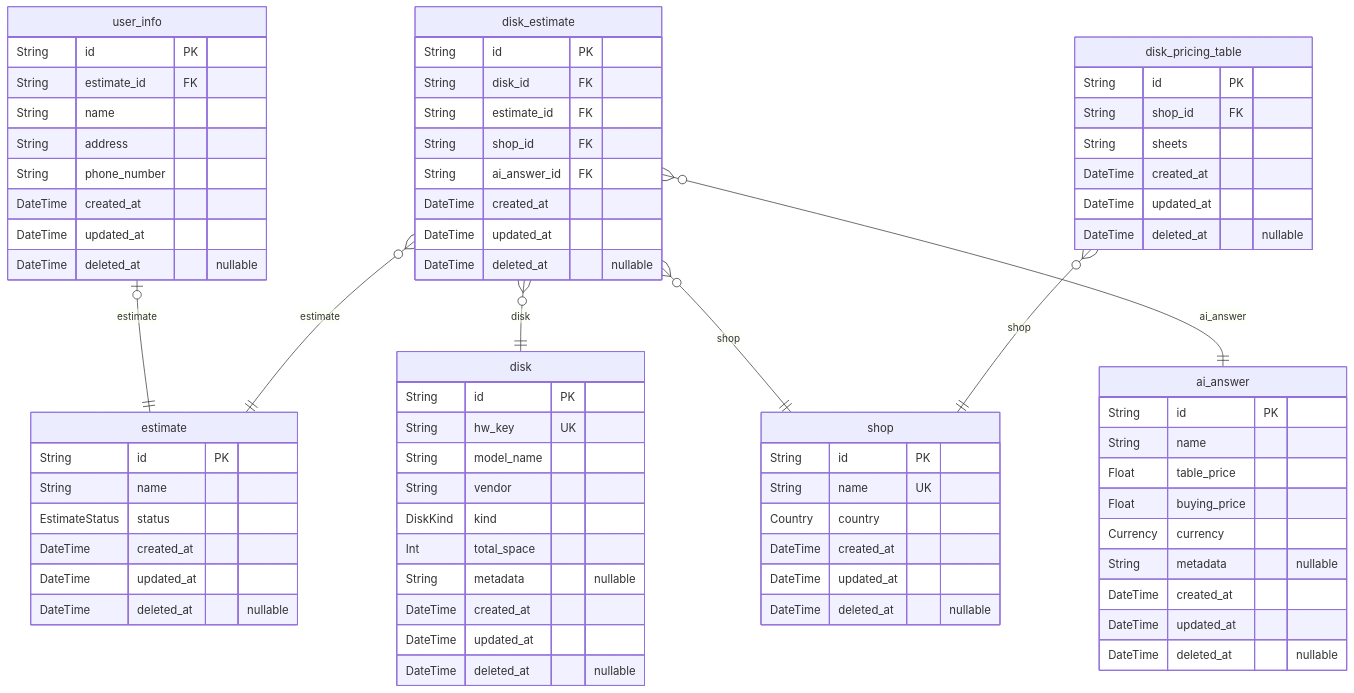
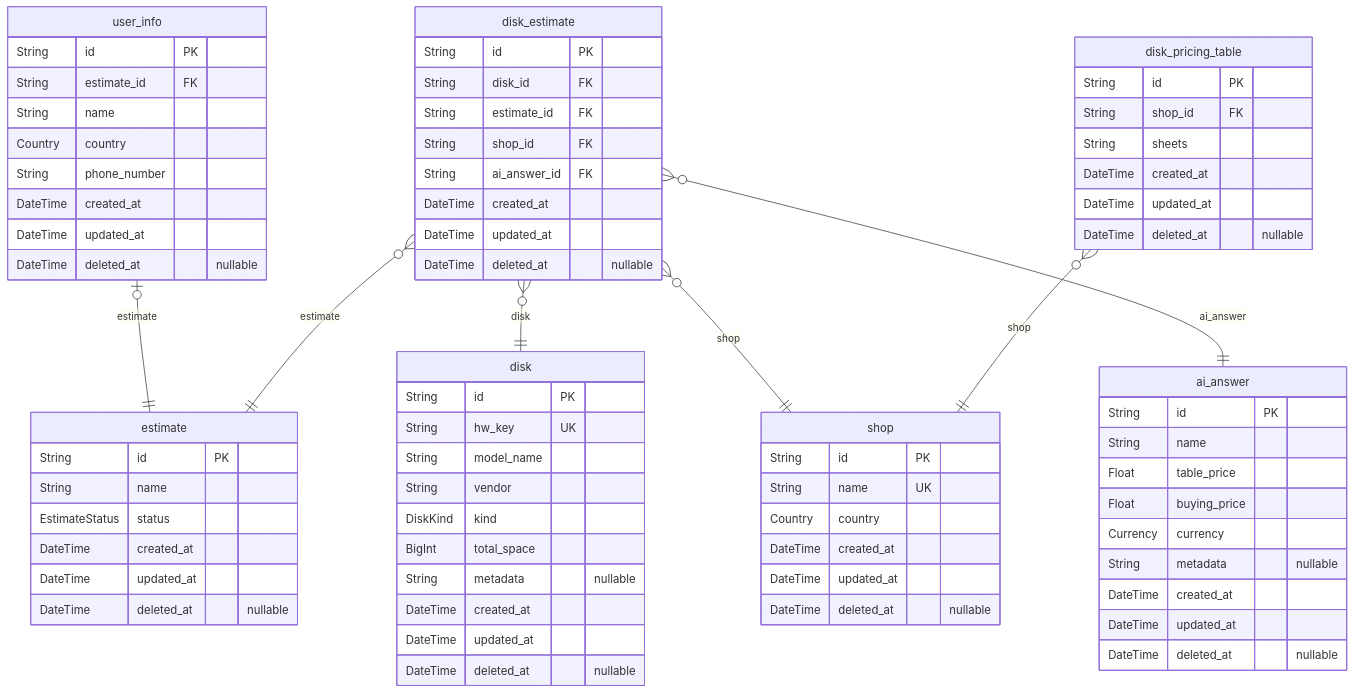
One commit to KGESH/hardware_spec_backend changed the sixth of 6 diagrams in prisma/ERD.md. Above: the diagram before and after it, drawn with Mermaid. The commit also changed other lines of this file and 6 other files, not shown here.

````diff
--- a/prisma/ERD.md
+++ b/prisma/ERD.md
@@ -1092,76 +1115,76 @@
 ```mermaid
 erDiagram
 "estimate" {
     String id PK
     String name
     EstimateStatus status
     DateTime created_at
     DateTime updated_at
     DateTime deleted_at "nullable"
 }
 "user_info" {
     String id PK
     String estimate_id FK
     String name
-    String address
+    Country country
     String phone_number
     DateTime created_at
     DateTime updated_at
     DateTime deleted_at "nullable"
 }
 "shop" {
     String id PK
     String name UK
     Country country
     DateTime created_at
     DateTime updated_at
     DateTime deleted_at "nullable"
 }
 "ai_answer" {
     String id PK
     String name
     Float table_price
     Float buying_price
     Currency currency
     String metadata "nullable"
     DateTime created_at
     DateTime updated_at
     DateTime deleted_at "nullable"
 }
 "disk" {
     String id PK
     String hw_key UK
     String model_name
     String vendor
     DiskKind kind
-    Int total_space
+    BigInt total_space
     String metadata "nullable"
     DateTime created_at
     DateTime updated_at
     DateTime deleted_at "nullable"
 }
 "disk_estimate" {
     String id PK
     String disk_id FK
     String estimate_id FK
     String shop_id FK
     String ai_answer_id FK
     DateTime created_at
     DateTime updated_at
     DateTime deleted_at "nullable"
 }
 "disk_pricing_table" {
     String id PK
     String shop_id FK
     String sheets
     DateTime created_at
     DateTime updated_at
     DateTime deleted_at "nullable"
 }
 "user_info" |o--|| "estimate" : estimate
 "disk_estimate" }o--|| "disk" : disk
 "disk_estimate" }o--|| "estimate" : estimate
 "disk_estimate" }o--|| "shop" : shop
 "disk_estimate" }o--|| "ai_answer" : ai_answer
 "disk_pricing_table" }o--|| "shop" : shop
 ```
````
